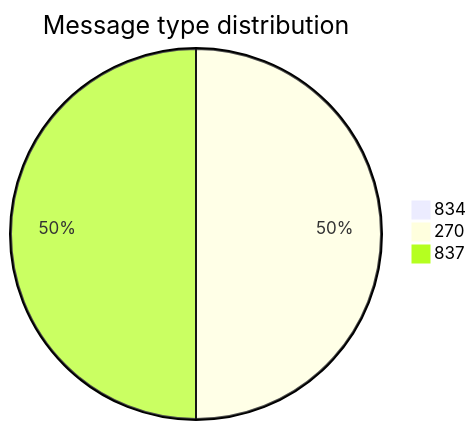
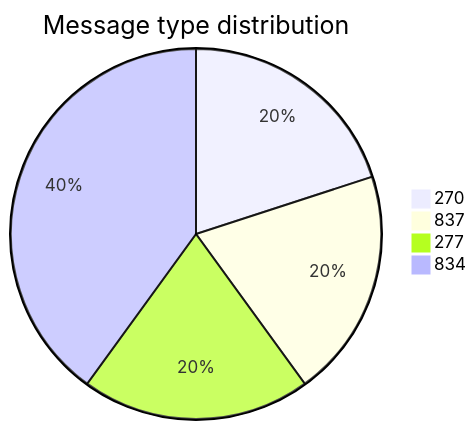
One commit to dhagan-va/intern-2025 changed the first of 10 diagrams in test-tools/DataGen/src/Statistics_Visualizer.md. Above: the diagram before and after it, drawn with Mermaid. The commit also changed other lines of this file, not shown here.

````diff
--- a/test-tools/DataGen/src/Statistics_Visualizer.md
+++ b/test-tools/DataGen/src/Statistics_Visualizer.md
@@ -18,6 +18,7 @@
 ```mermaid
 pie title Message type distribution
-    "834" : 0
     "270" : 1000
     "837" : 1000
+    "277" : 1000
+    "834" : 2000
 ```
````
